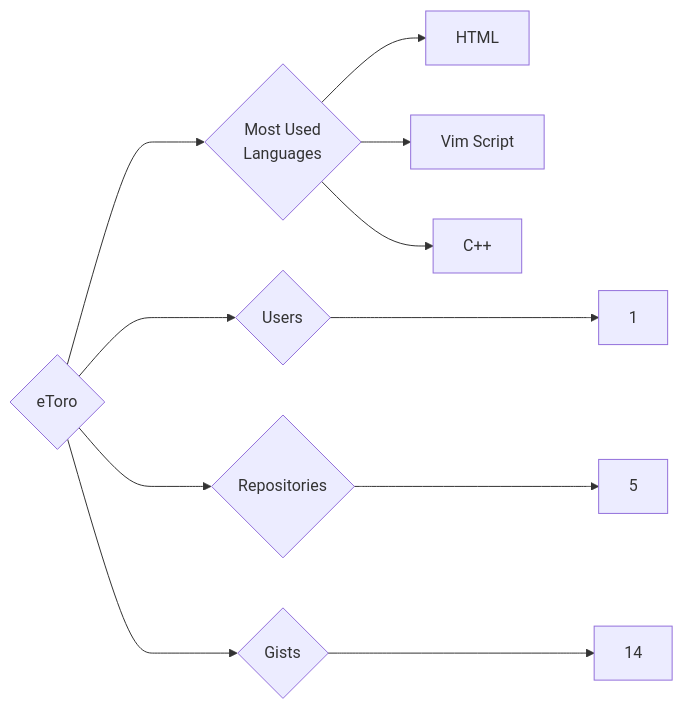
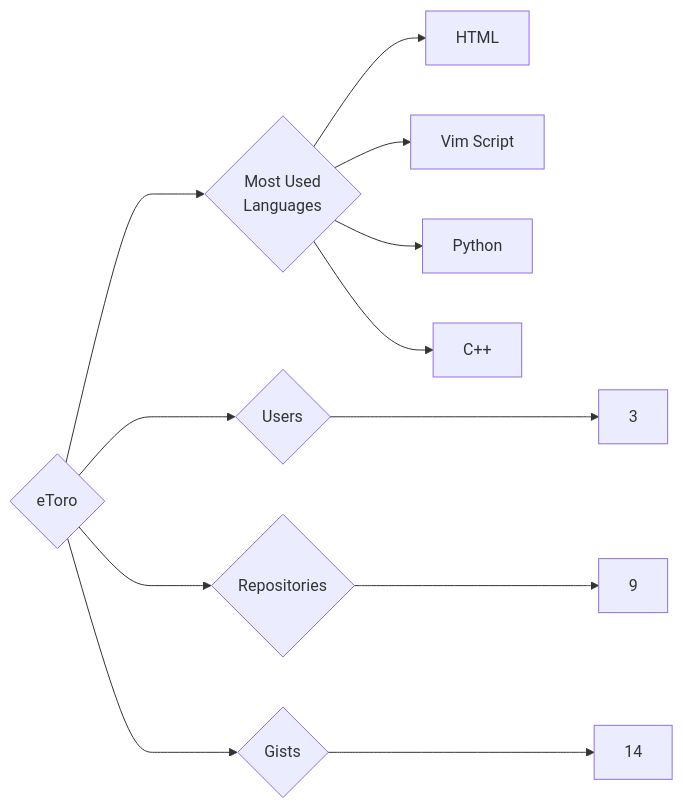
The diagram in targets/eToro/README.md (trickest/insiders), drawn with Mermaid before and after one commit. The commit also changed 857 other files, not shown here.

````diff
--- a/targets/eToro/README.md
+++ b/targets/eToro/README.md
@@ -3,11 +3,12 @@
 ```mermaid
 graph LR
 COMPANY_NAME{eToro}
-COMPANY_NAME ---> U{Users} ---> UN[1]
-COMPANY_NAME ---> R{Repositories} ---> RN[5]
+COMPANY_NAME ---> U{Users} ---> UN[3]
+COMPANY_NAME ---> R{Repositories} ---> RN[9]
 COMPANY_NAME ---> G{Gists} ---> GN[14]
 COMPANY_NAME ---> ML{Most Used<br>Languages}
 ML --> HTML[HTML]
 ML --> Vim_Script[Vim Script]
+ML --> Python[Python]
 ML --> C++[C++]
 ```
````
